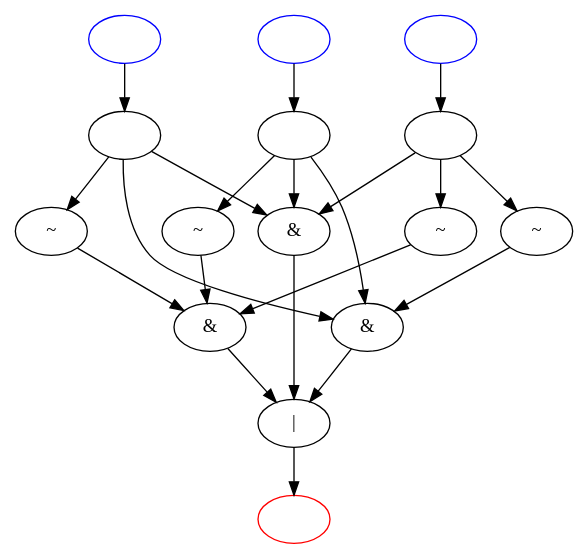
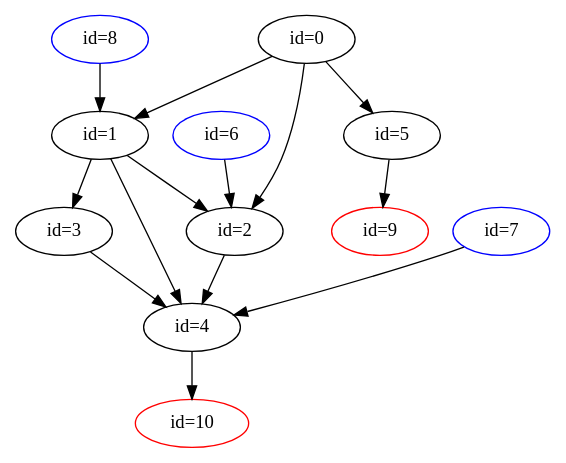
Before and after one commit to Martin-Masson/projet-graphs-python: the diagram in digraph.dot, drawn with Graphviz. The commit also changed 8 other files, not shown here.

```diff
--- a/digraph.dot
+++ b/digraph.dot
@@ -1,41 +1,31 @@
 digraph G {
-    v0 [color=red];
-    v0 [label=""];
-    v1 [label="|"];
-    v1 -> v0;
-    v2 [label=""];
-    v2 -> v8;
-    v2 -> v10;
-    v2 -> v12;
-    v3 [color=blue];
-    v3 [label=""];
-    v3 -> v2;
-    v4 [label=""];
-    v4 -> v8;
-    v4 -> v9;
-    v4 -> v13;
-    v5 [color=blue];
-    v5 [label=""];
-    v5 -> v4;
-    v6 [label=""];
-    v6 -> v8;
-    v6 -> v9;
-    v6 -> v14;
+    v0 [label=" id=0"];
+    v0 -> v1;
+    v0 -> v2;
+    v0 -> v5;
+    v1 [label=" id=1"];
+    v1 -> v2;
+    v1 -> v3;
+    v1 -> v4;
+    v2 [label=" id=2"];
+    v2 -> v4;
+    v3 [label=" id=3"];
+    v3 -> v4;
+    v4 [label=" id=4"];
+    v4 -> v10;
+    v5 [label=" id=5"];
+    v5 -> v9;
+    v6 [color=blue];
+    v6 [label=" id=6"];
+    v6 -> v2;
     v7 [color=blue];
-    v7 [label=""];
-    v7 -> v6;
-    v8 [label="&"];
+    v7 [label=" id=7"];
+    v7 -> v4;
+    v8 [color=blue];
+    v8 [label=" id=8"];
     v8 -> v1;
-    v9 [label="&"];
-    v9 -> v1;
-    v10 [label="~"];
-    v10 -> v9;
-    v11 [label="&"];
-    v11 -> v1;
-    v12 [label="~"];
-    v12 -> v11;
-    v13 [label="~"];
-    v13 -> v11;
-    v14 [label="~"];
-    v14 -> v11;
+    v9 [color=red];
+    v9 [label=" id=9"];
+    v10 [color=red];
+    v10 [label=" id=10"];
 }
```
